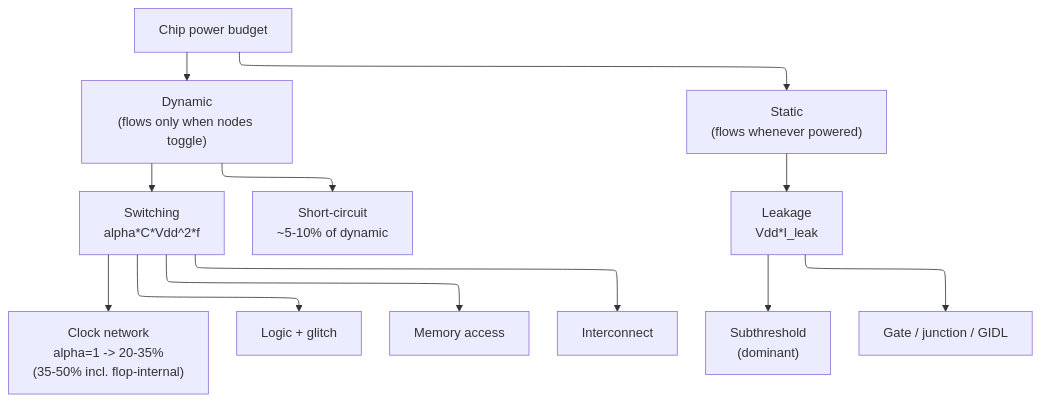
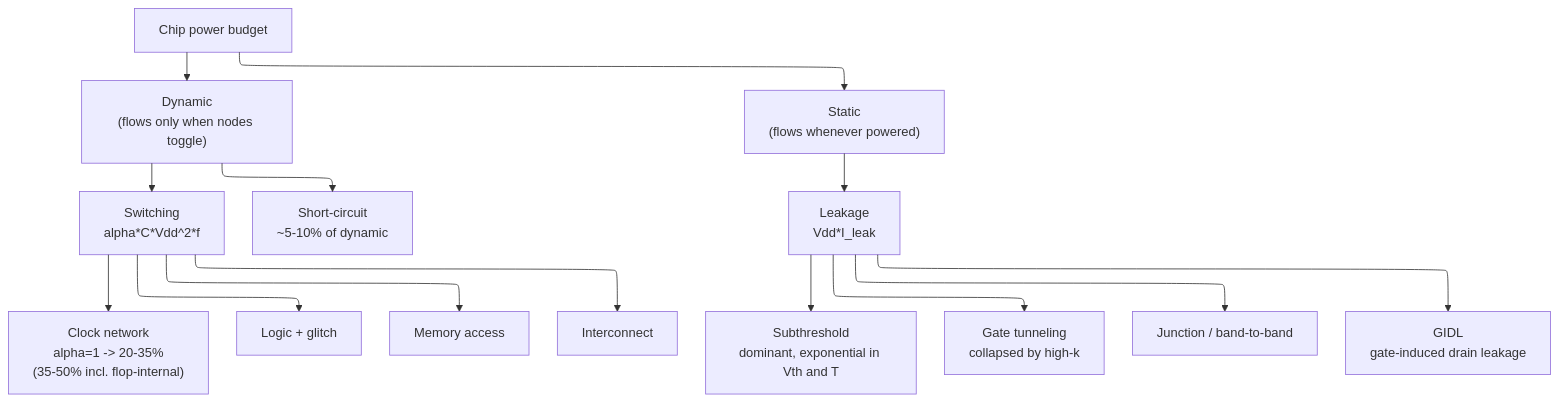
One commit to Wty2003328/silicon-design-notebook changed the first of 3 diagrams in 02_Power_and_Low_Power/01_Power_Fundamentals.md. Above: the diagram before and after it, drawn with Mermaid. The commit also changed other lines of this file and 13 other files, not shown here.

````diff
--- a/02_Power_and_Low_Power/01_Power_Fundamentals.md
+++ b/02_Power_and_Low_Power/01_Power_Fundamentals.md
@@ -71,15 +98,17 @@
 ```mermaid
 %%{init: {"flowchart": {"defaultRenderer": "elk", "nodeSpacing": 55, "rankSpacing": 55, "htmlLabels": false}}}%%
 flowchart TD
     P["Chip power budget"] --> DYN["Dynamic<br/>(flows only when nodes toggle)"]
     P --> STAT["Static<br/>(flows whenever powered)"]
     DYN --> SW["Switching<br/>alpha*C*Vdd^2*f"]
     DYN --> SC["Short-circuit<br/>~5-10% of dynamic"]
     STAT --> LEAK["Leakage<br/>Vdd*I_leak"]
     SW --> CLK["Clock network<br/>alpha=1  ->  20-35%<br/>(35-50% incl. flop-internal)"]
     SW --> LOGIC["Logic + glitch"]
     SW --> MEM["Memory access"]
     SW --> WIRE["Interconnect"]
-    LEAK --> SUB["Subthreshold<br/>(dominant)"]
-    LEAK --> ETC["Gate / junction / GIDL"]
+    LEAK --> SUB["Subthreshold<br/>dominant, exponential in Vth and T"]
+    LEAK --> GATE["Gate tunneling<br/>collapsed by high-k"]
+    LEAK --> BTBT["Junction / band-to-band"]
+    LEAK --> GIDL["GIDL<br/>gate-induced drain leakage"]
 ```
````
